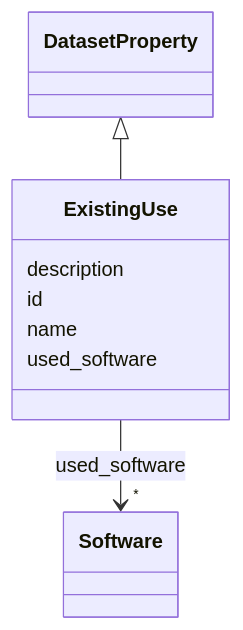
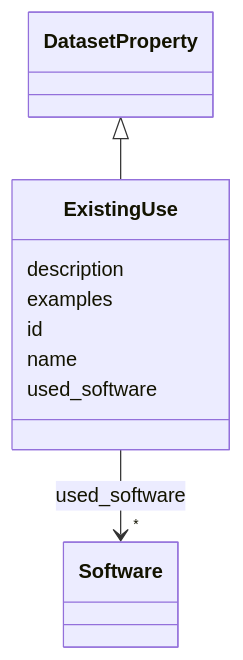
The diagram in docs/ExistingUse.md (bridge2ai/data-sheets-schema), drawn with Mermaid before and after one commit. The commit also changed other lines of this file and 682 other files, not shown here.

````diff
--- a/docs/ExistingUse.md
+++ b/docs/ExistingUse.md
@@ -20,26 +20,28 @@
 ```mermaid
  classDiagram
     class ExistingUse
     click ExistingUse href "../ExistingUse/"
       DatasetProperty <|-- ExistingUse
         click DatasetProperty href "../DatasetProperty/"
       
       ExistingUse : description
+        
+      ExistingUse : examples
         
       ExistingUse : id
         
       ExistingUse : name
         
       ExistingUse : used_software
         
           
     
         
         
         ExistingUse --> "*" Software : used_software
         click Software href "../Software/"
     
 
         
       
 ```
````
